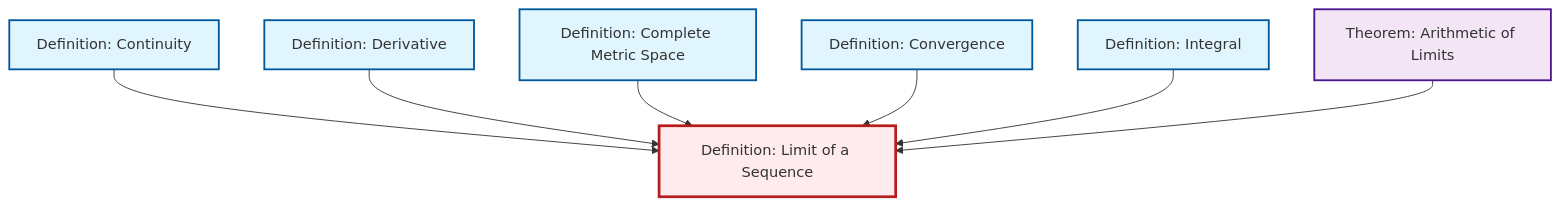
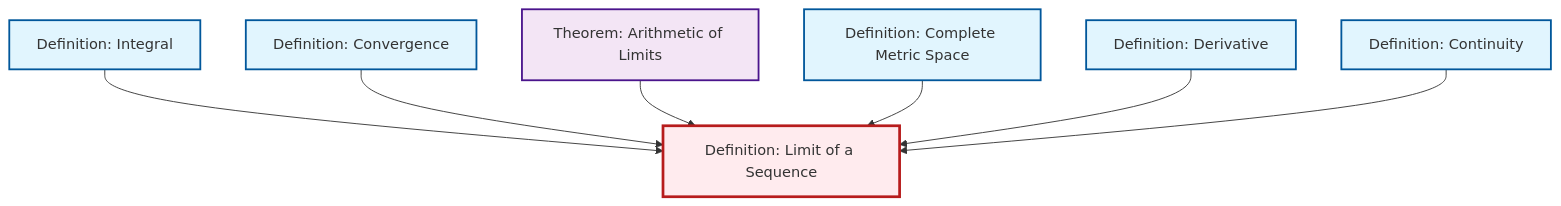
One commit to RK0429/ModernMath changed the diagram in content/en/analysis/def-limit.qmd. Above: the diagram before and after it, drawn with Mermaid. The commit also changed other lines of this file and 530 other files, not shown here.

````diff
--- a/content/en/analysis/def-limit.qmd
+++ b/content/en/analysis/def-limit.qmd
@@ -48,29 +48,29 @@
 ```{mermaid}
 %%| fig-cap: "Local dependency graph"
 graph TD
     classDef definition fill:#e1f5fe,stroke:#01579b,stroke-width:2px
     classDef theorem fill:#f3e5f5,stroke:#4a148c,stroke-width:2px
     classDef axiom fill:#fff3e0,stroke:#e65100,stroke-width:2px
     classDef example fill:#e8f5e9,stroke:#1b5e20,stroke-width:2px
     classDef current fill:#ffebee,stroke:#b71c1c,stroke-width:3px
     def-integral["Definition: Integral"]:::definition
     def-derivative["Definition: Derivative"]:::definition
+    def-convergence["Definition: Convergence"]:::definition
+    def-limit["Definition: Limit of a Sequence"]:::definition
     def-continuity["Definition: Continuity"]:::definition
+    thm-limit-arithmetic["Theorem: Arithmetic of Limits"]:::theorem
     def-complete-metric-space["Definition: Complete Metric Space"]:::definition
-    thm-limit-arithmetic["Theorem: Arithmetic of Limits"]:::theorem
-    def-limit["Definition: Limit of a Sequence"]:::definition
-    def-convergence["Definition: Convergence"]:::definition
+    def-integral --> def-limit
+    def-convergence --> def-limit
+    thm-limit-arithmetic --> def-limit
+    def-complete-metric-space --> def-limit
+    def-derivative --> def-limit
     def-continuity --> def-limit
-    def-derivative --> def-limit
-    def-complete-metric-space --> def-limit
-    def-convergence --> def-limit
-    def-integral --> def-limit
-    thm-limit-arithmetic --> def-limit
     class def-limit current
     click def-integral "def-integral.html" "Go to Integral definition"
     click def-derivative "def-derivative.html" "Go to Derivative definition"
+    click def-convergence "def-convergence.html" "Go to Convergence definition"
     click def-continuity "def-continuity.html" "Go to Continuity definition"
+    click thm-limit-arithmetic "thm-limit-arithmetic.html" "Go to Arithmetic of Limits theorem"
     click def-complete-metric-space "def-complete-metric-space.html" "Go to Complete Metric Space definition"
-    click thm-limit-arithmetic "thm-limit-arithmetic.html" "Go to Arithmetic of Limits theorem"
-    click def-convergence "def-convergence.html" "Go to Convergence definition"
 ```
````
